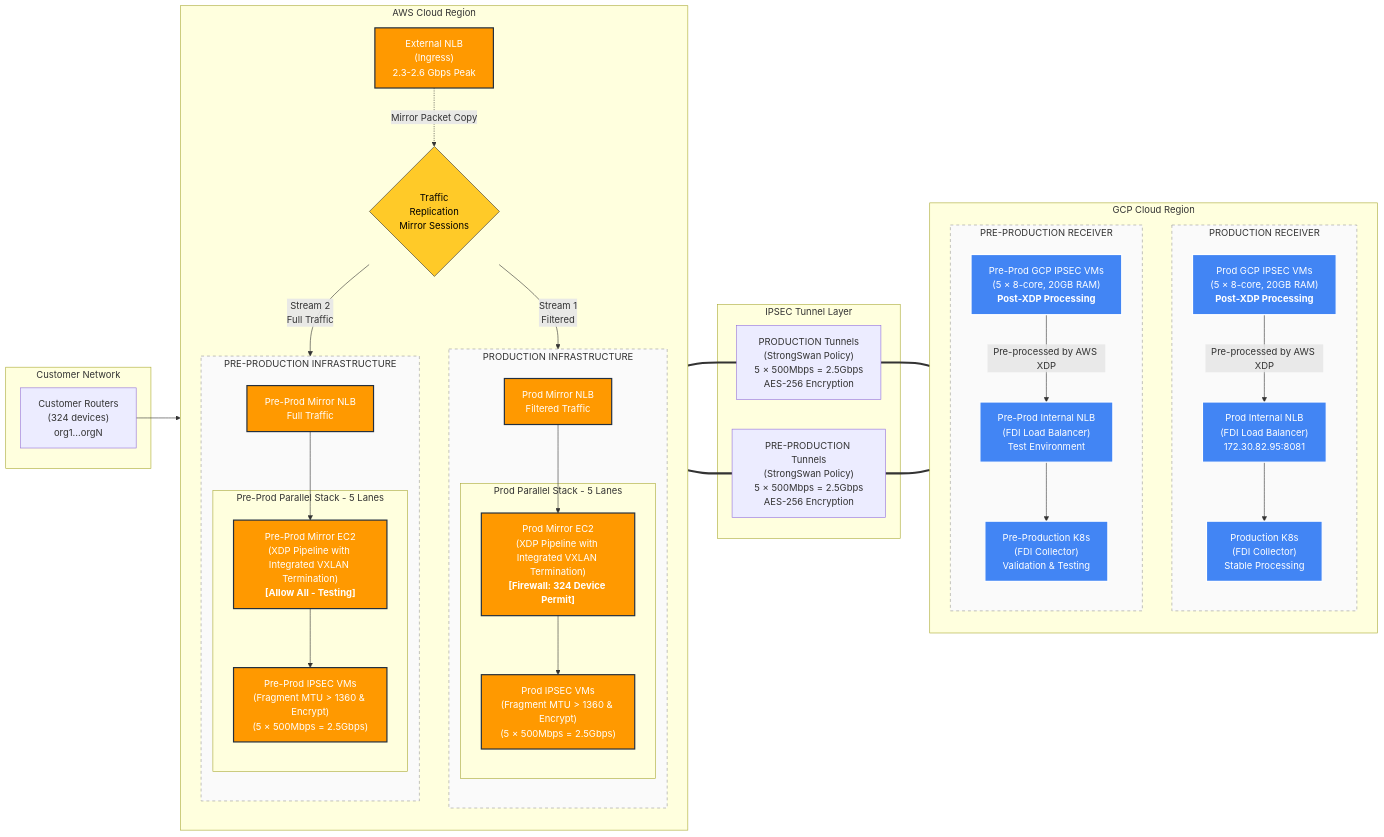
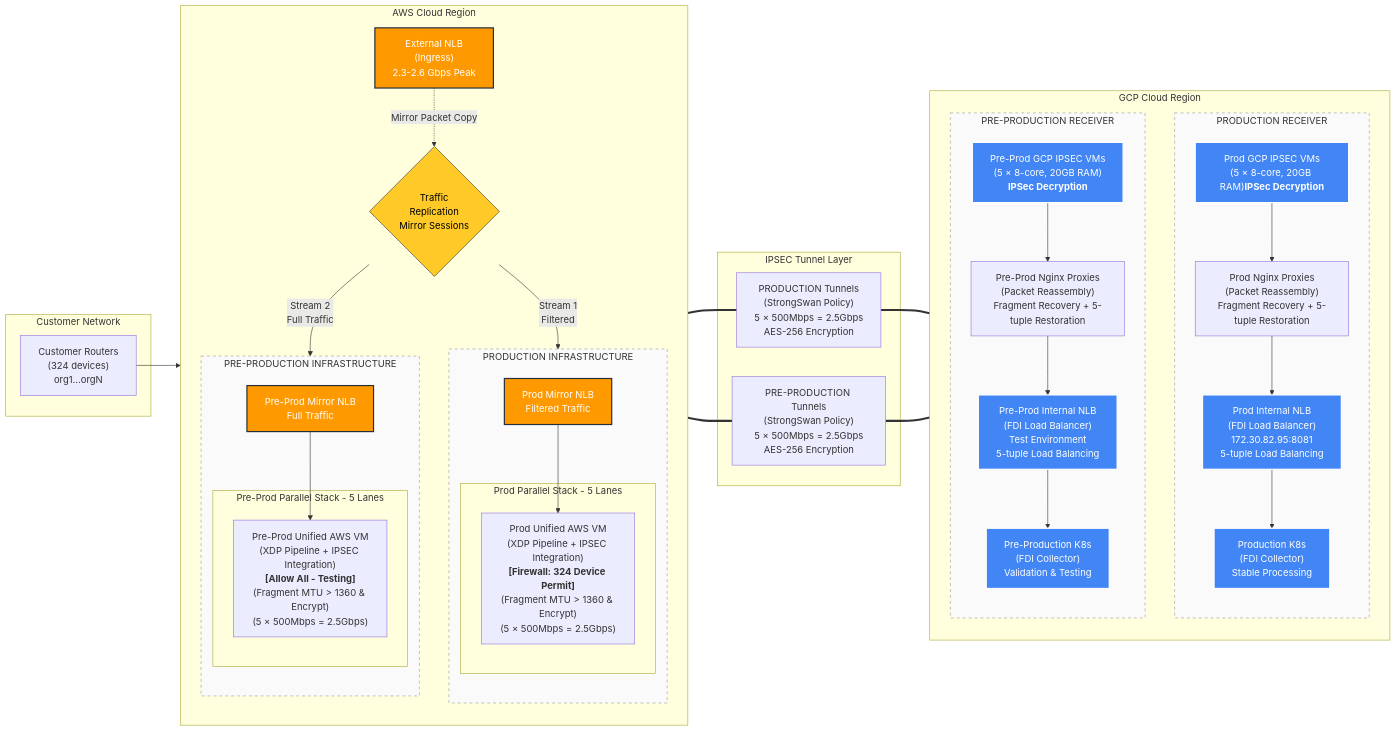
Before and after one commit to anil-sn/udp_ebpf: the second of 17 diagrams in TECHNICAL_REPORT.md, drawn with Mermaid. The commit also changed other lines of this file and 7 other files, not shown here.

```diff
--- a/TECHNICAL_REPORT.md
+++ b/TECHNICAL_REPORT.md
@@ -258,12 +270,10 @@
             P_MNLB["Prod Mirror NLB<br/>Filtered Traffic"]
             
             subgraph P_Lanes [Prod Parallel Stack - 5 Lanes]
-                P_MEC2["Prod Mirror EC2<br/>(XDP Pipeline with Integrated VXLAN Termination)<br/><b>[Firewall: 324 Device Permit]</b>"]
-                P_IVM["Prod IPSEC VMs<br/>(Fragment MTU > 1360 & Encrypt)<br/>(5 × 500Mbps = 2.5Gbps)"]
+                P_UVM["Prod Unified AWS VM<br/>(XDP Pipeline + IPSEC Integration)<br/><b>[Firewall: 324 Device Permit]</b><br/>(Fragment MTU > 1360 & Encrypt)<br/>(5 × 500Mbps = 2.5Gbps)"]
             end
 
-            P_MNLB --> P_MEC2
-            P_MEC2 --> P_IVM
+            P_MNLB --> P_UVM
         end
 
         %% -----------------------------------------
@@ -274,12 +284,10 @@
             PP_MNLB["Pre-Prod Mirror NLB<br/>Full Traffic"]
             
             subgraph PP_Lanes [Pre-Prod Parallel Stack - 5 Lanes]
-                PP_MEC2["Pre-Prod Mirror EC2<br/>(XDP Pipeline with Integrated VXLAN Termination)<br/><b>[Allow All - Testing]</b>"]
-                                PP_IVM["Pre-Prod IPSEC VMs<br/>(Fragment MTU > 1360 & Encrypt)<br/>(5 × 500Mbps = 2.5Gbps)"]
+                PP_UVM["Pre-Prod Unified AWS VM<br/>(XDP Pipeline + IPSEC Integration)<br/><b>[Allow All - Testing]</b><br/>(Fragment MTU > 1360 & Encrypt)<br/>(5 × 500Mbps = 2.5Gbps)"]
             end
             
-            PP_MNLB --> PP_MEC2
-            PP_MEC2 --> PP_IVM
+            PP_MNLB --> PP_UVM
         end
 
         %% Connecting Splitter to Environments
@@ -295,8 +303,8 @@
         PP_Tunnel["PRE-PRODUCTION Tunnels<br/>(StrongSwan Policy)<br/>5 × 500Mbps = 2.5Gbps<br/>AES-256 Encryption"]
     end
 
-    P_IVM === P_Tunnel
-    PP_IVM === PP_Tunnel
+    P_UVM === P_Tunnel
+    PP_UVM === PP_Tunnel
 
     %% ==========================================
     %% 5. GCP REGION (RECEIVER)
@@ -309,11 +317,12 @@
         %% -----------------------------------------
         subgraph GCP_PROD [PRODUCTION RECEIVER]
             direction TB
-            P_GVM["Prod GCP IPSEC VMs<br/>(5 × 8-core, 20GB RAM)<br/><b>Post-XDP Processing</b>"]
-            P_ILB["Prod Internal NLB<br/>(FDI Load Balancer)<br/>172.30.82.95:8081"]
+            P_GVM["Prod GCP IPSEC VMs<br/>(5 × 8-core, 20GB RAM)<b>IPSec Decryption</b>"]
+            P_NGINX["Prod Nginx Proxies<br/>(Packet Reassembly)<br/>Fragment Recovery + 5-tuple Restoration"]
+            P_ILB["Prod Internal NLB<br/>(FDI Load Balancer)<br/>172.30.82.95:8081<br/>5-tuple Load Balancing"]
             P_K8S["Production K8s<br/>(FDI Collector)<br/>Stable Processing"]
             
-            P_GVM -->|Pre-processed by AWS XDP| P_ILB --> P_K8S
+            P_GVM --> P_NGINX --> P_ILB --> P_K8S
         end
 
         %% -----------------------------------------
@@ -321,11 +330,12 @@
         %% -----------------------------------------
         subgraph GCP_PREPROD [PRE-PRODUCTION RECEIVER]
             direction TB
-            PP_GVM["Pre-Prod GCP IPSEC VMs<br/>(5 × 8-core, 20GB RAM)<br/><b>Post-XDP Processing</b>"]
-            PP_ILB["Pre-Prod Internal NLB<br/>(FDI Load Balancer)<br/>Test Environment"]
+            PP_GVM["Pre-Prod GCP IPSEC VMs<br/>(5 × 8-core, 20GB RAM)<br/><b>IPSec Decryption</b>"]
+            PP_NGINX["Pre-Prod Nginx Proxies<br/>(Packet Reassembly)<br/>Fragment Recovery + 5-tuple Restoration"]
+            PP_ILB["Pre-Prod Internal NLB<br/>(FDI Load Balancer)<br/>Test Environment<br/>5-tuple Load Balancing"]
             PP_K8S["Pre-Production K8s<br/>(FDI Collector)<br/>Validation & Testing"]
             
-            PP_GVM -->|Pre-processed by AWS XDP| PP_ILB --> PP_K8S
+            PP_GVM --> PP_NGINX --> PP_ILB --> PP_K8S
         end
     end
 
```
